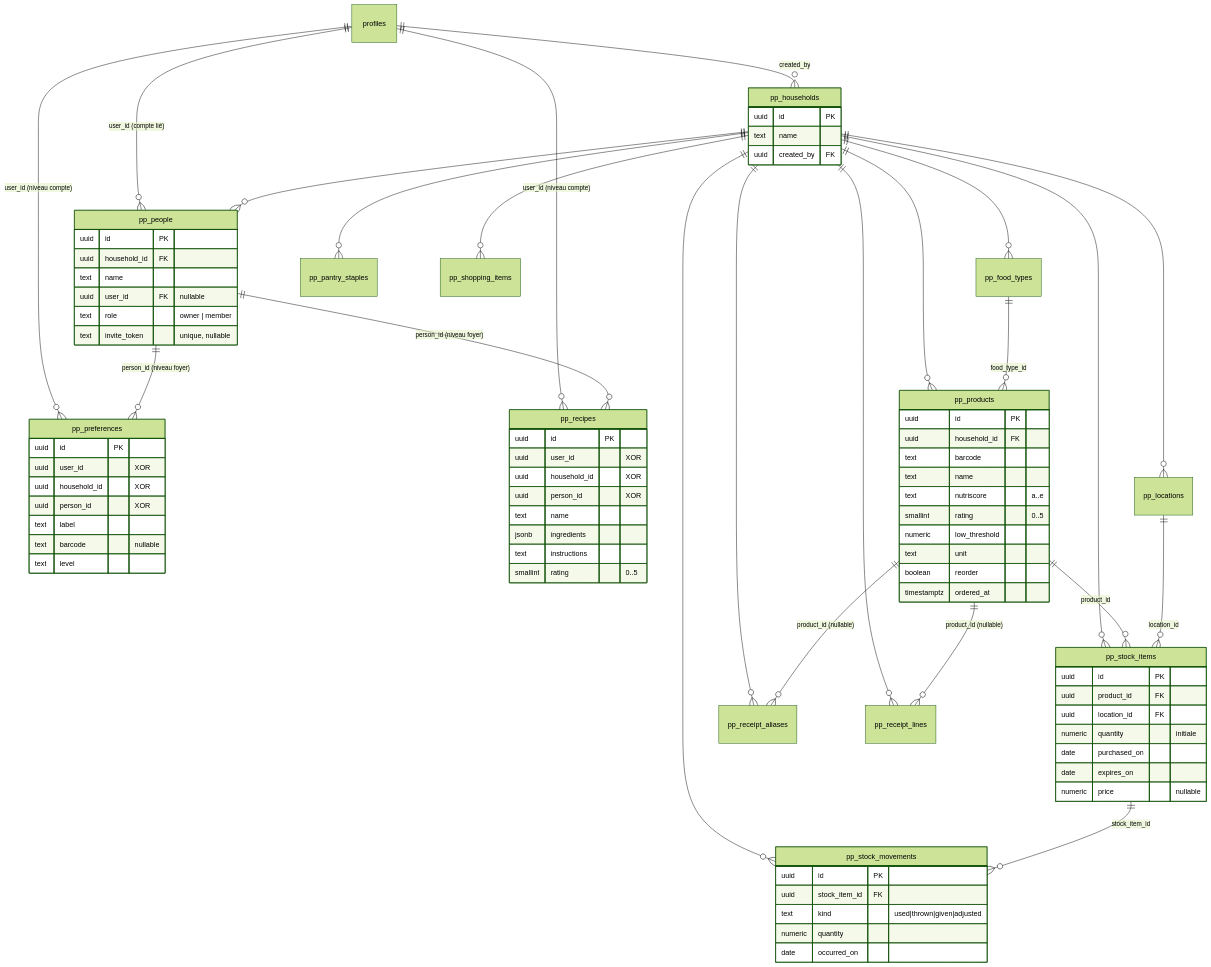
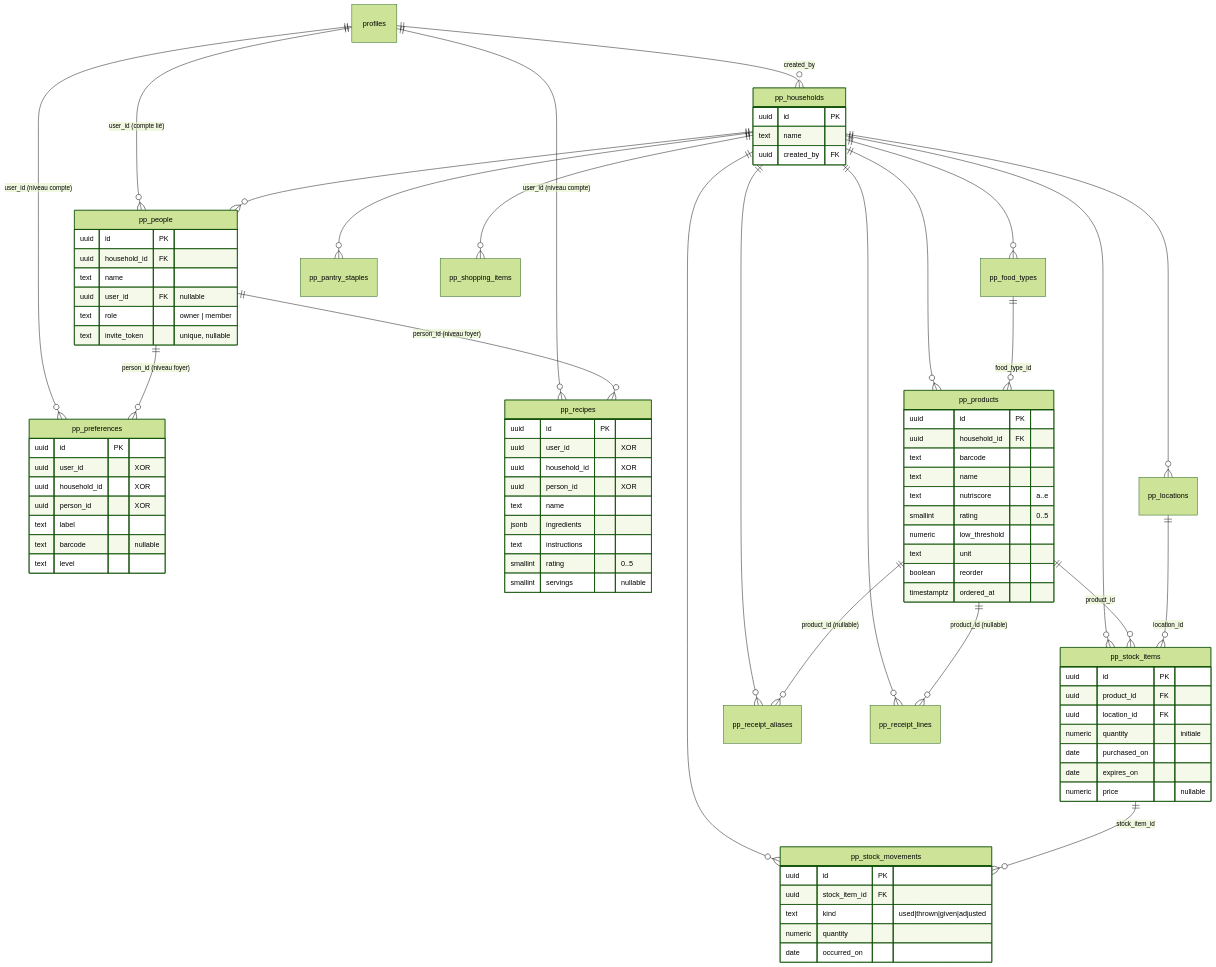
Before and after one commit to Jabbalh/PopotteEtPlacard: the diagram in docs/base-de-donnees.md, drawn with Mermaid (forest theme). The commit also changed other lines of this file and 12 other files, not shown here.

````diff
--- a/docs/base-de-donnees.md
+++ b/docs/base-de-donnees.md
@@ -141,5 +142,6 @@
         jsonb ingredients
         text instructions
         smallint rating "0..5"
+        smallint servings "nullable"
     }
 ```
````
